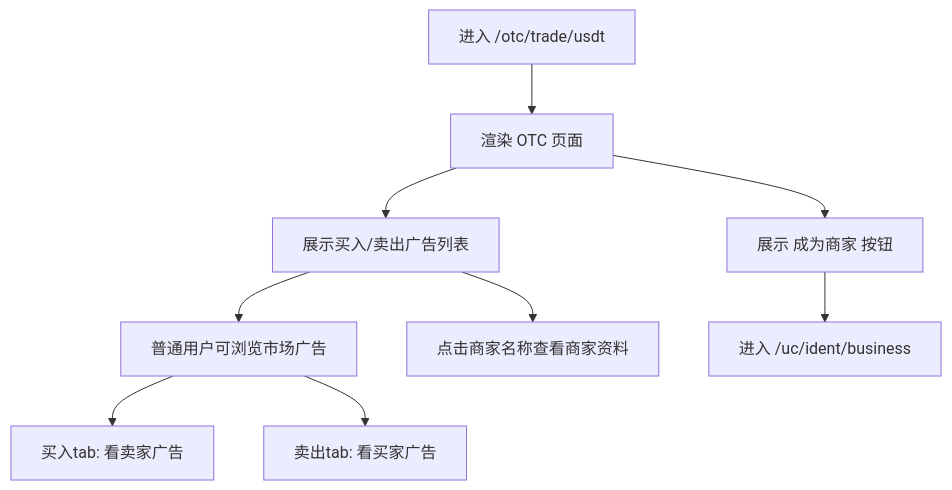
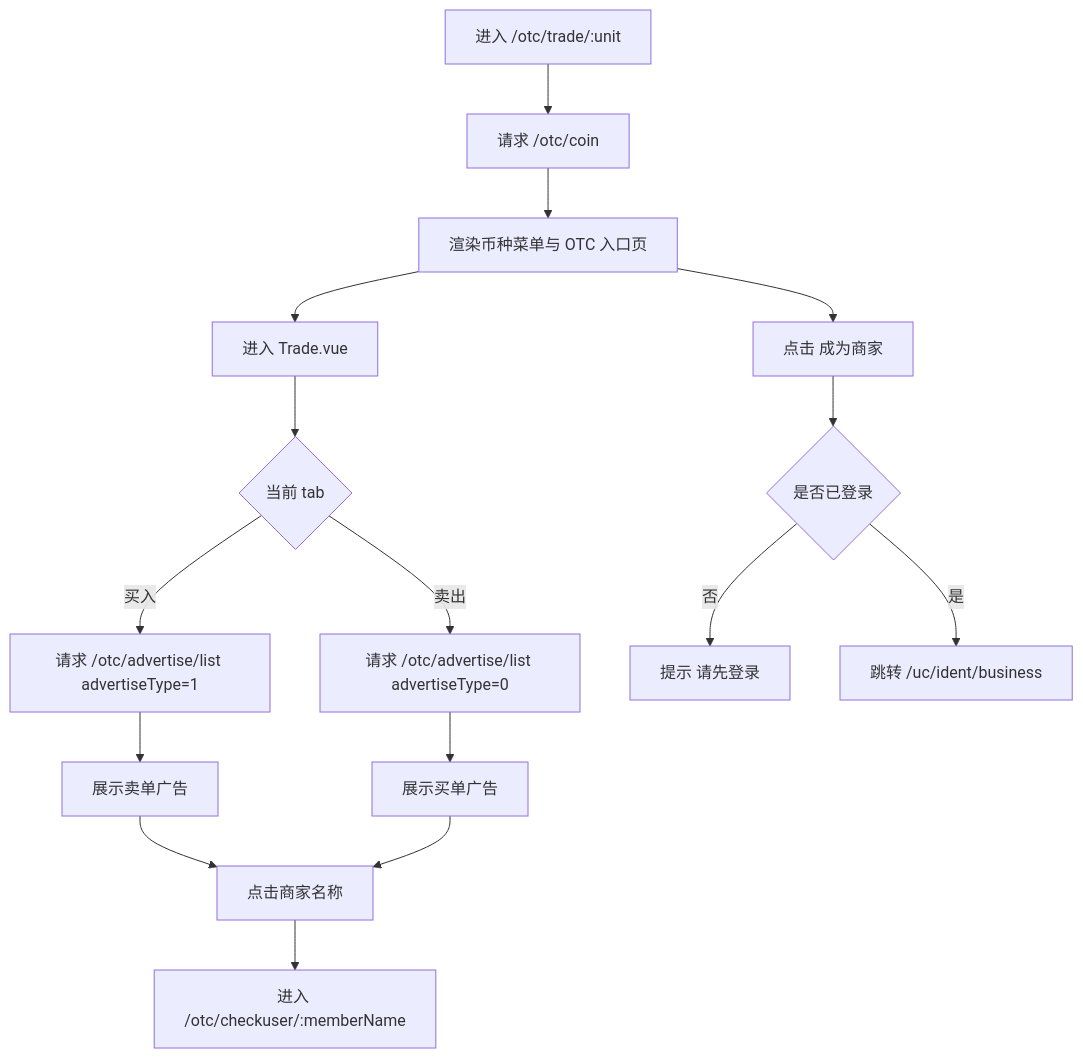
Before and after one commit to ethan2737/mscoin: the first of 5 diagrams in OTC业务流程梳理.md, drawn with Mermaid. The commit also changed other lines of this file, not shown here.

````diff
--- a/OTC业务流程梳理.md
+++ b/OTC业务流程梳理.md
@@ -25,11 +29,18 @@
 ```mermaid
 flowchart TD
-    A[进入 /otc/trade/usdt] --> B[渲染 OTC 页面]
-    B --> C[展示买入/卖出广告列表]
-    B --> D[展示 成为商家 按钮]
-    C --> E[普通用户可浏览市场广告]
-    C --> F[点击商家名称查看商家资料]
-    D --> G[进入 /uc/ident/business]
-    E --> H[买入tab: 看卖家广告]
-    E --> I[卖出tab: 看买家广告]
+    A[进入 /otc/trade/:unit] --> B[请求 /otc/coin]
+    B --> C[渲染币种菜单与 OTC 入口页]
+    C --> D[进入 Trade.vue]
+    D --> E{当前 tab}
+    E -- 买入 --> F[请求 /otc/advertise/list advertiseType=1]
+    E -- 卖出 --> G[请求 /otc/advertise/list advertiseType=0]
+    F --> H[展示卖单广告]
+    G --> I[展示买单广告]
+    C --> J[点击 成为商家]
+    J --> K{是否已登录}
+    K -- 否 --> L[提示 请先登录]
+    K -- 是 --> M[跳转 /uc/ident/business]
+    H --> N[点击商家名称]
+    I --> N
+    N --> O[进入 /otc/checkuser/:memberName]
 ```
````
